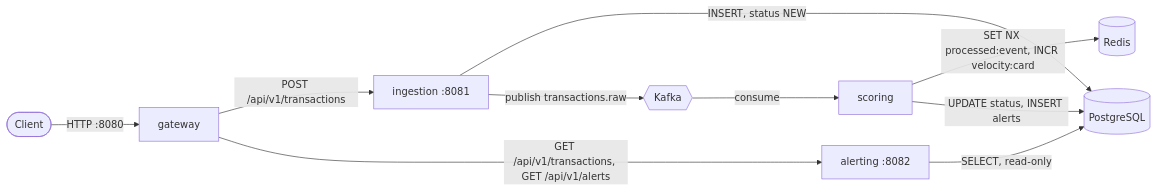
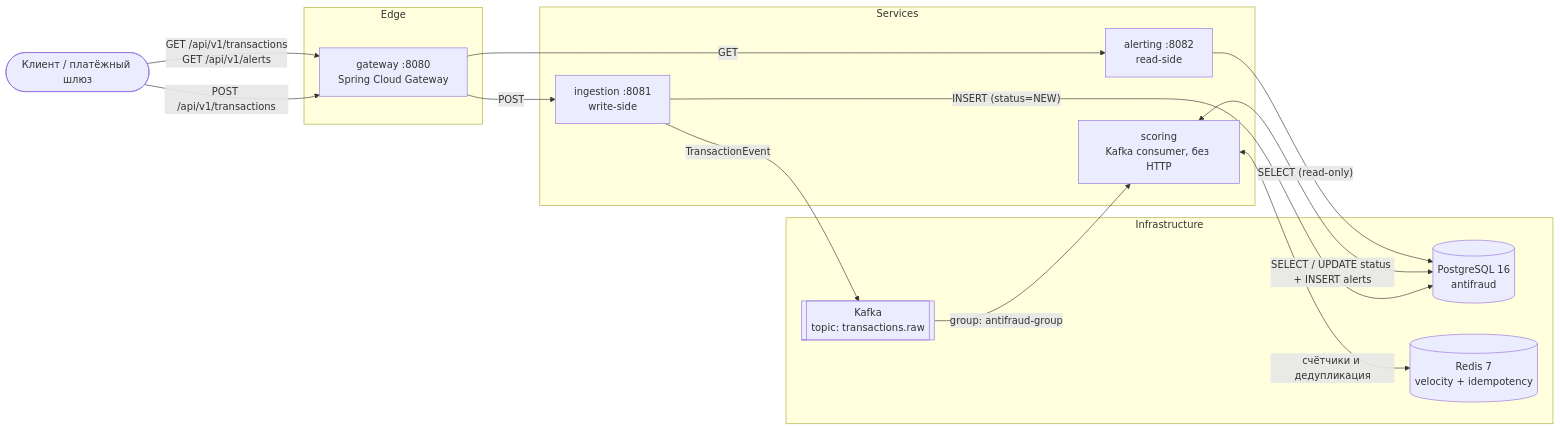
Before and after one commit to zve-rev/anti-fraud-monitor: the first of 2 diagrams in README.md, drawn with Mermaid. The commit also changed other lines of this file and 5 other files, not shown here.

````diff
--- a/README.md
+++ b/README.md
@@ -47,12 +58,32 @@
 ```mermaid
 flowchart LR
-    Client(["Client"]) -->|"HTTP :8080"| GW["gateway"]
-    GW -->|"POST /api/v1/transactions"| ING["ingestion :8081"]
-    GW -->|"GET /api/v1/transactions, GET /api/v1/alerts"| ALR["alerting :8082"]
-    ING -->|"INSERT, status NEW"| PG[("PostgreSQL")]
-    ING -->|"publish transactions.raw"| K{{"Kafka"}}
-    K -->|"consume"| SC["scoring"]
-    SC -->|"SET NX processed:event, INCR velocity:card"| R[("Redis")]
-    SC -->|"UPDATE status, INSERT alerts"| PG
-    ALR -->|"SELECT, read-only"| PG
+    Client([Клиент / платёжный шлюз])
+
+    subgraph Edge
+        GW["gateway :8080<br/>Spring Cloud Gateway"]
+    end
+
+    subgraph Services
+        ING["ingestion :8081<br/>write-side"]
+        SCR["scoring<br/>Kafka consumer, без HTTP"]
+        ALT["alerting :8082<br/>read-side"]
+    end
+
+    subgraph Infrastructure
+        PG[("PostgreSQL 16<br/>antifraud")]
+        KF[["Kafka<br/>topic: transactions.raw"]]
+        RD[("Redis 7<br/>velocity + idempotency")]
+    end
+
+    Client -->|"POST /api/v1/transactions"| GW
+    Client -->|"GET /api/v1/transactions<br/>GET /api/v1/alerts"| GW
+    GW -->|POST| ING
+    GW -->|GET| ALT
+
+    ING -->|"INSERT (status=NEW)"| PG
+    ING -->|"TransactionEvent"| KF
+    KF -->|"group: antifraud-group"| SCR
+    SCR <-->|"SELECT / UPDATE status + INSERT alerts"| PG
+    SCR <-->|"счётчики и дедупликация"| RD
+    ALT -->|"SELECT (read-only)"| PG
 ```
````
